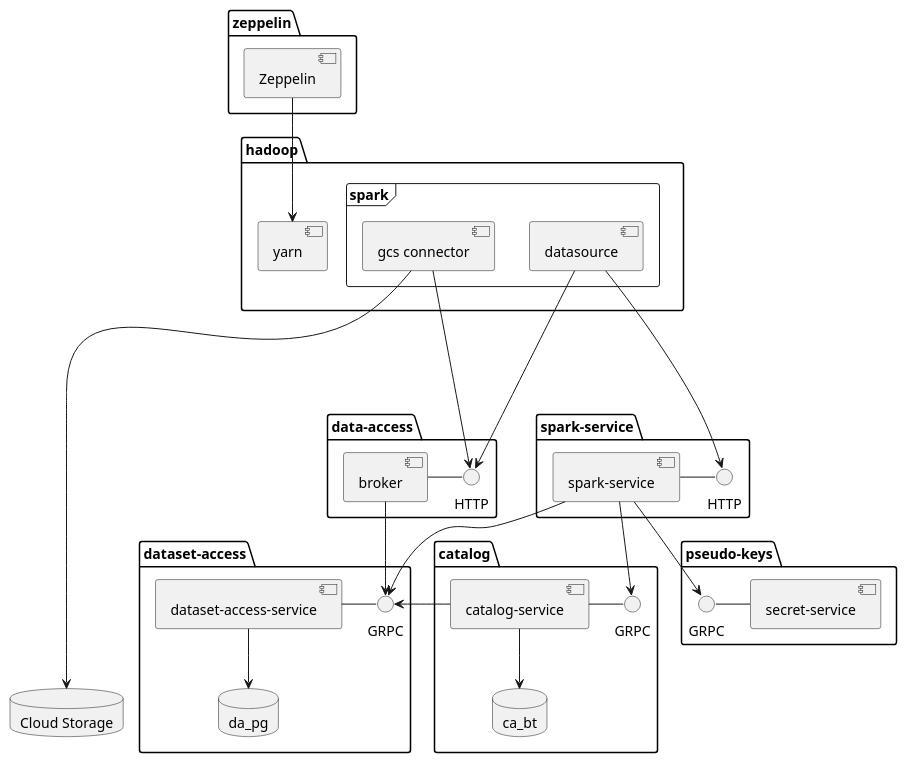
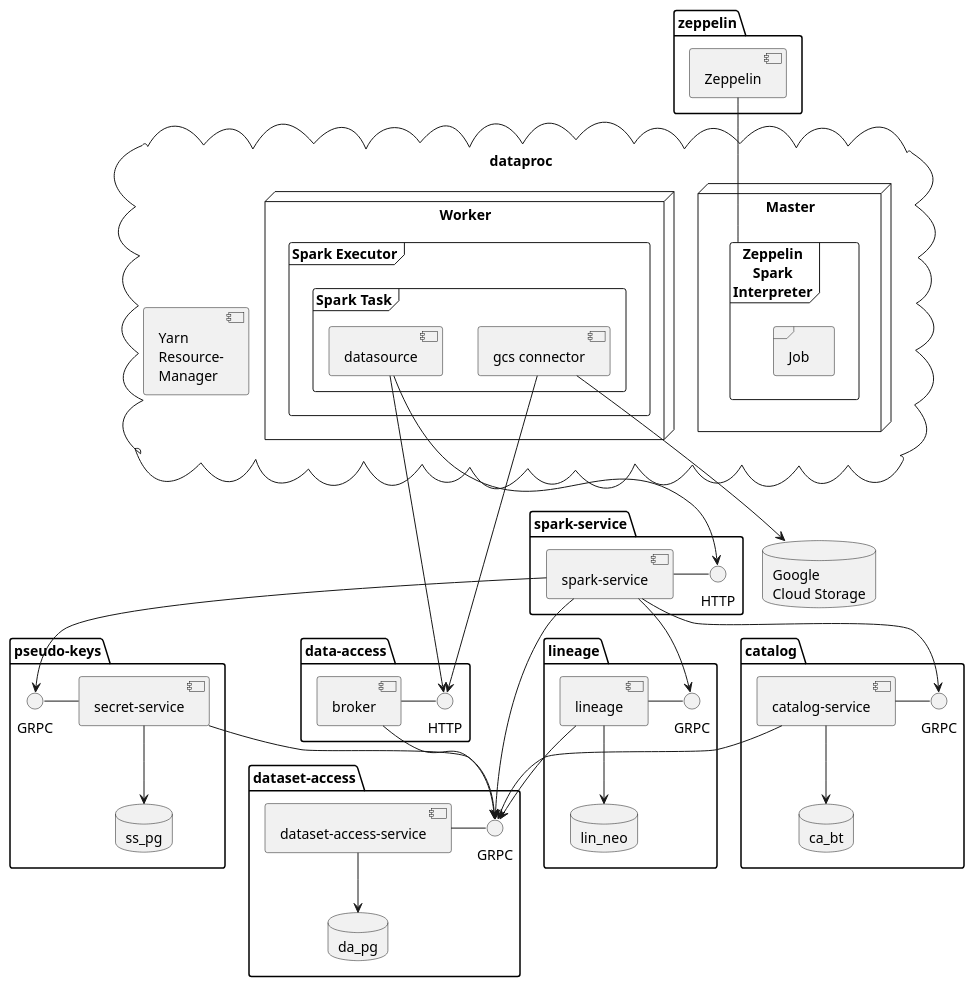
One commit to statisticsnorway/dapla-project changed the diagram in doc/components.puml. Above: the diagram before and after it, drawn with PlantUML.

Commit message:
Added lineage and more precise hadoop/spark components

```diff
--- a/doc/components.puml
+++ b/doc/components.puml
@@ -1,64 +1,89 @@
 @startuml
 
   package "dataset-access" {
     () "GRPC" as da_proto
     [dataset-access-service] as da_s
     da_s - da_proto
     da_s --> da_pg
     database "Postgres" as da_pg {
     }
   }
 
   package "catalog" {
     () "GRPC" as ca_proto
     [catalog-service] as ca_s
     ca_s - ca_proto
     ca_s -> da_proto
     ca_s --> ca_bt
     database "Bigtable" as ca_bt {
     }
   }
 
   package "pseudo-keys" {
     () "GRPC" as pk_proto
     [secret-service] as ss_s
     pk_proto - ss_s
+    ss_s --> ss_pg
+    ss_s --> da_proto
+    database "Postgres" as ss_pg {
+    }
+  }
+
+  package "lineage" {
+    () "GRPC" as lin_proto
+    [lineage] as lin_s
+    lin_s - lin_proto
+    lin_s --> lin_neo
+    lin_s --> da_proto
+    database "Neo4j" as lin_neo {
+    }
   }
 
   package "spark-service" {
     () "HTTP" as ss_http
     [spark-service] as sp_s
     sp_s - ss_http
     sp_s --> ca_proto
-    sp_s --> da_proto
+    sp_s ---> da_proto
     sp_s --> pk_proto
+    sp_s --> lin_proto
   }
 
   package "data-access" {
     () "HTTP" as broker_http
     [broker] as br_s
     br_s - broker_http
     br_s --> da_proto
   }
 
-  database "Cloud Storage" as gcs {
+  database "Google\nCloud Storage" as gcs {
   }
 
-  package "hadoop" as pkg_haadop {
-    [yarn] as yarn
-    frame [spark] {
-      [gcs connector] as gcs_connector
-      [datasource] as datasource
-      datasource --> ss_http
-      gcs_connector ------> gcs
-      gcs_connector ----> broker_http
-      datasource --> broker_http
+  cloud "dataproc" as pkg_haadop {
+    [Yarn\nResource-\nManager] as yarn
+    node "Master" as masternode {
+      frame "Zeppelin\nSpark\nInterpreter" as interpreter {
+        frame "Job" as job {
+        }
+      }
+    }
+    node "Worker" as worker {
+      frame "Spark Executor" as executor {
+        frame "Spark Task" as task {
+          [datasource] as datasource
+          datasource --> ss_http
+          [gcs connector] as gcs_connector_w
+          gcs_connector_w ---> gcs
+          gcs_connector_w ----> broker_http
+          datasource --> broker_http
+        }
+      }
     }
   }
 
   package "zeppelin" {
-    [Zeppelin] --> yarn
+    [Zeppelin] -- interpreter
   }
 
 
 @enduml
```
